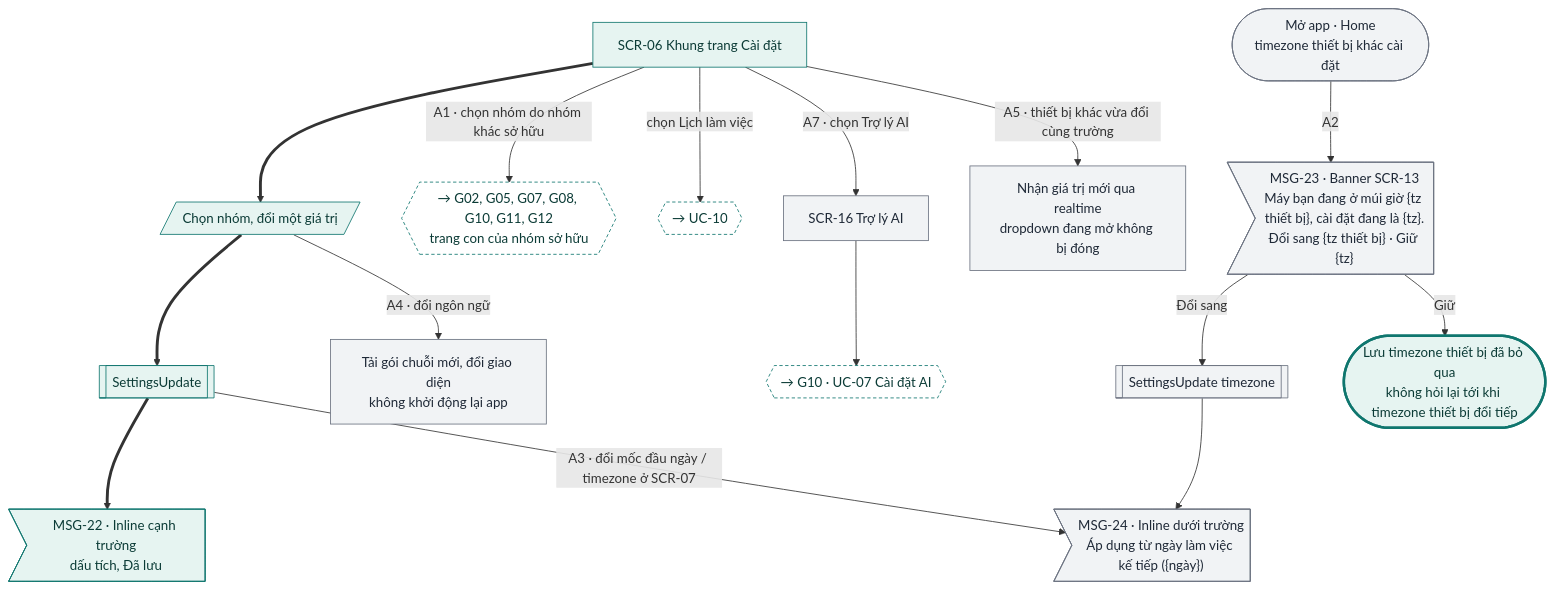
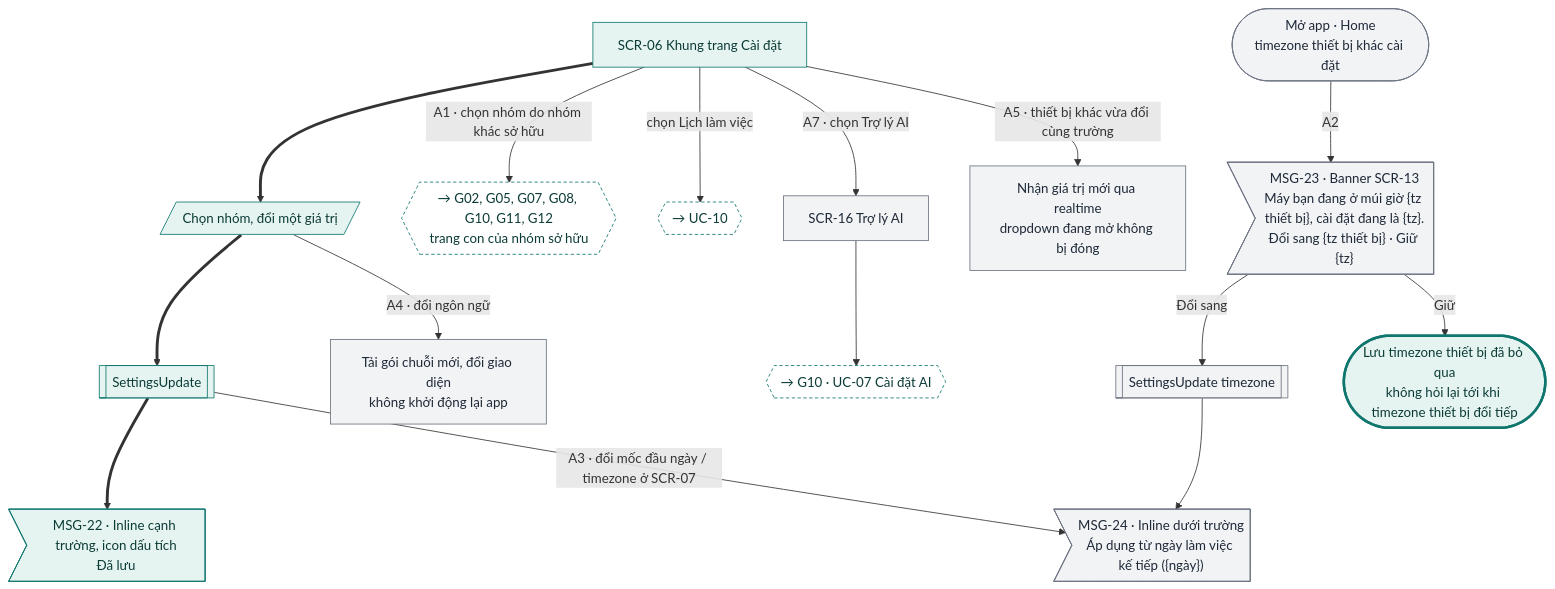
Diagram 14 of 27 in docs/design-brief/flow/g01-tai-khoan.md (tannguyenho/personal-app), drawn with Mermaid before and after one commit. The commit also changed other lines of this file and 6 other files, not shown here.

First line of the commit message:
docs(G01, G10): áp quyết định PO 09/11 vào SRS, PRD, flow; IA trỏ mã mới

````diff
--- a/docs/design-brief/flow/g01-tai-khoan.md
+++ b/docs/design-brief/flow/g01-tai-khoan.md
@@ -645,37 +649,37 @@
 ```mermaid
 flowchart TD
   s1["SCR-06 Khung trang Cài đặt"]
   u1[/"Chọn nhóm, đổi một giá trị"/]
   p2[["SettingsUpdate"]]
-  m1>"MSG-22 · Inline cạnh trường<br/>dấu tích, Đã lưu"]
+  m1>"MSG-22 · Inline cạnh trường, icon dấu tích<br/>Đã lưu"]
 
   s1 ==> u1 ==> p2 ==> m1
 
   s1 -->|"A1 · chọn nhóm do nhóm khác sở hữu"| a1x{{"→ G02, G05, G07, G08, G10, G11, G12<br/>trang con của nhóm sở hữu"}}
   s1 -->|"chọn Lịch làm việc"| x10{{"→ UC-10"}}
   s1 -->|"A7 · chọn Trợ lý AI"| a7["SCR-16 Trợ lý AI"]
   a7 --> a7x{{"→ G10 · UC-07 Cài đặt AI"}}
 
   p2 -->|"A3 · đổi mốc đầu ngày / timezone ở SCR-07"| a3m>"MSG-24 · Inline dưới trường<br/>Áp dụng từ ngày làm việc kế tiếp ({ngày})"]
   u1 -->|"A4 · đổi ngôn ngữ"| a4["Tải gói chuỗi mới, đổi giao diện<br/>không khởi động lại app"]
   s1 -->|"A5 · thiết bị khác vừa đổi cùng trường"| a5["Nhận giá trị mới qua realtime<br/>dropdown đang mở không bị đóng"]
 
   a2s(["Mở app · Home<br/>timezone thiết bị khác cài đặt"]) -->|"A2"| a2m>"MSG-23 · Banner SCR-13<br/>Máy bạn đang ở múi giờ {tz thiết bị}, cài đặt đang là {tz}.<br/>Đổi sang {tz thiết bị} · Giữ {tz}"]
   a2m -->|"Đổi sang"| a2p[["SettingsUpdate timezone"]]
   a2p --> a3m
   a2m -->|"Giữ"| a2k(["Lưu timezone thiết bị đã bỏ qua<br/>không hỏi lại tới khi timezone thiết bị đổi tiếp"])
 
   class s1,u1,p2,m1 happy
   class a7,a4,a5,a2s,a2m,a2p,a3m alt
   class a1x,x10,a7x link
   class a2k done
   classDef happy fill:#E6F4F1,stroke:#0F766E,color:#0B3B36
   classDef alt fill:#F1F3F5,stroke:#6B7280,color:#1F2937
   classDef err fill:#FDECEC,stroke:#B42318,color:#5C1010
   classDef warn fill:#FEF4E2,stroke:#B45309,color:#4A2604
   classDef ai fill:#F1ECFD,stroke:#6D28D9,color:#2E1065
   classDef sync fill:#FFFFFF,stroke:#6B7280,stroke-dasharray:4 3,color:#1F2937
   classDef link fill:#FFFFFF,stroke:#0F766E,stroke-dasharray:4 3,color:#0B3B36
   classDef done fill:#E6F4F1,stroke:#0F766E,stroke-width:3px,color:#0B3B36
   classDef fail fill:#FDECEC,stroke:#B42318,stroke-width:3px,color:#5C1010
 ```
````
